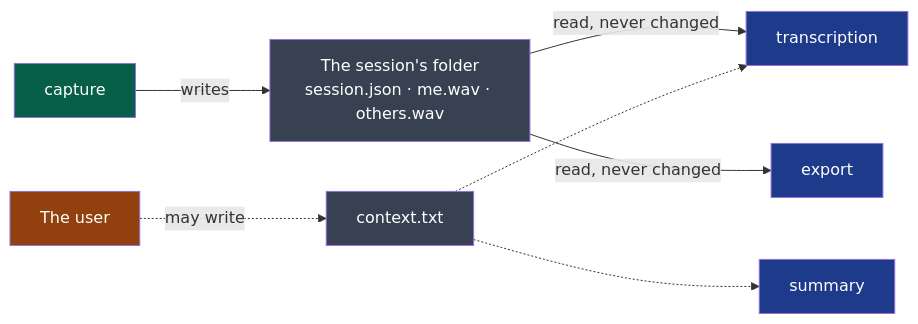
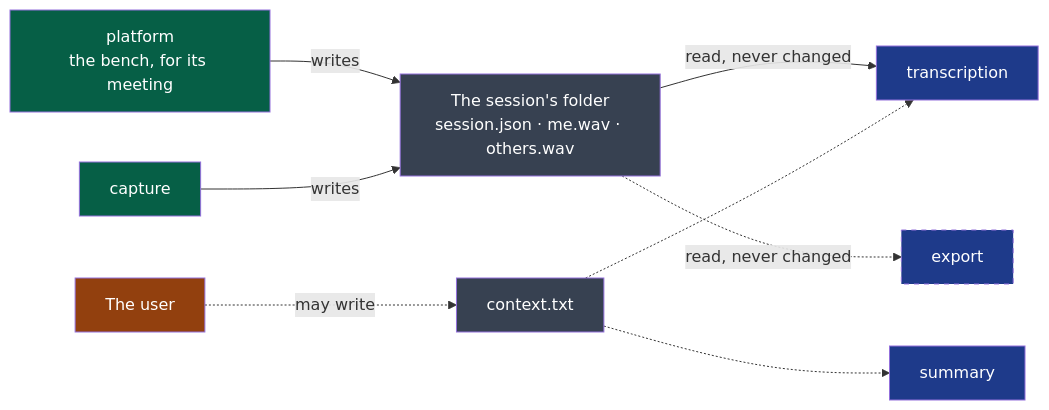
One commit to NapkinStack/wholeheard changed the diagram in contracts/session-audio/v1/README.md. Above: the diagram before and after it, drawn with Mermaid. The commit also changed other lines of this file and 5 other files, not shown here.

First line of the commit message:
contracts: session-audio carries its schemas, and its pages are corrected (#108)

````diff
--- a/contracts/session-audio/v1/README.md
+++ b/contracts/session-audio/v1/README.md
@@ -6,14 +6,16 @@
 ```mermaid
 flowchart LR
+    B["platform<br/>the bench, for its meeting"]:::producer -->|"writes"| F
     C["capture"]:::producer -->|"writes"| F["The session's folder<br/>session.json · me.wav · others.wav"]:::file
     U["The user"]:::human -.->|"may write"| X["context.txt"]:::file
     F -->|"read, never changed"| T["transcription"]:::consumer
     X -.-> T
     X -.-> S["summary"]:::consumer
-    F -->|"read, never changed"| E["export"]:::consumer
+    F -.->|"read, never changed"| E["export"]:::planned
 
     classDef producer fill:#065f46,color:#fff
     classDef consumer fill:#1e3a8a,color:#fff
     classDef file fill:#374151,color:#fff
+    classDef planned fill:#1e3a8a,color:#fff,stroke-dasharray: 5 5
     classDef human fill:#92400e,color:#fff
 ```
````
